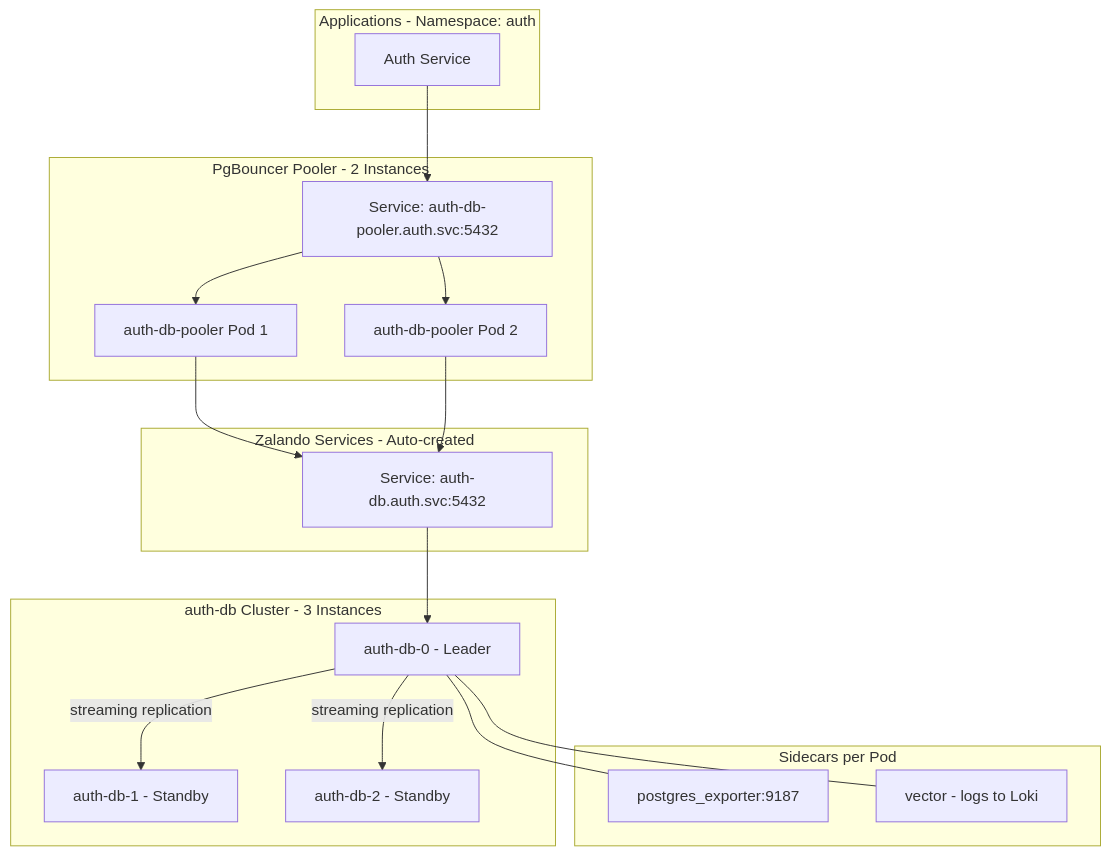
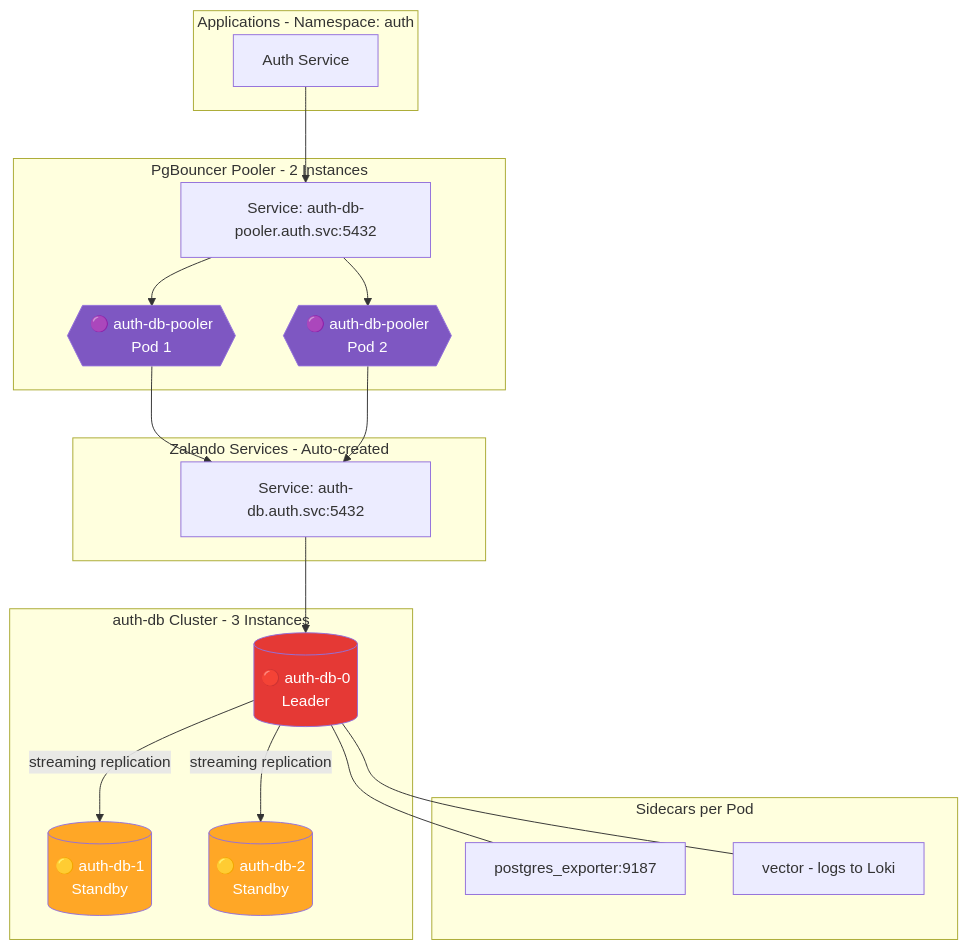
The first of 6 diagrams in kubernetes/infra/configs/databases/clusters/README.md (duynhlab/homelab), drawn with Mermaid before and after one commit. The commit also changed other lines of this file and 18 other files, not shown here.

````diff
--- a/kubernetes/infra/configs/databases/clusters/README.md
+++ b/kubernetes/infra/configs/databases/clusters/README.md
@@ -51,38 +58,44 @@
 ```mermaid
 flowchart TD
     subgraph Apps["Applications - Namespace: auth"]
         AuthService["Auth Service"]
     end
 
     subgraph Pooler["PgBouncer Pooler - 2 Instances"]
-        PgBouncer1["auth-db-pooler Pod 1"]
-        PgBouncer2["auth-db-pooler Pod 2"]
+        PgBouncer1{{"🟣 auth-db-pooler<br/>Pod 1"}}
+        PgBouncer2{{"🟣 auth-db-pooler<br/>Pod 2"}}
         PoolerSvc["Service: auth-db-pooler.auth.svc:5432"]
     end
 
     subgraph ZalandoSvc["Zalando Services - Auto-created"]
         DirectSvc["Service: auth-db.auth.svc:5432"]
     end
 
     subgraph Cluster["auth-db Cluster - 3 Instances"]
-        Leader["auth-db-0 - Leader"]
-        Standby1["auth-db-1 - Standby"]
-        Standby2["auth-db-2 - Standby"]
+        Leader[("🔴 auth-db-0<br/>Leader")]
+        Standby1[("🟡 auth-db-1<br/>Standby")]
+        Standby2[("🟡 auth-db-2<br/>Standby")]
     end
 
     subgraph Sidecars["Sidecars per Pod"]
         Exporter["postgres_exporter:9187"]
         Vector["vector - logs to Loki"]
     end
 
     AuthService --> PoolerSvc
     PoolerSvc --> PgBouncer1
     PoolerSvc --> PgBouncer2
     PgBouncer1 --> DirectSvc
     PgBouncer2 --> DirectSvc
     DirectSvc --> Leader
     Leader -->|"streaming replication"| Standby1
     Leader -->|"streaming replication"| Standby2
     Leader --- Exporter
     Leader --- Vector
+    
+    style Leader fill:#E53935,color:#fff
+    style Standby1 fill:#FFA726,color:#fff
+    style Standby2 fill:#FFA726,color:#fff
+    style PgBouncer1 fill:#7E57C2,color:#fff
+    style PgBouncer2 fill:#7E57C2,color:#fff
 ```
````
